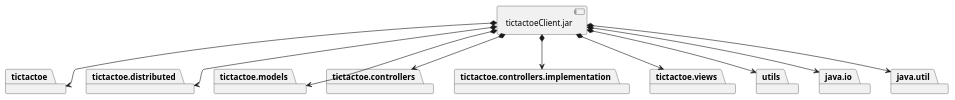
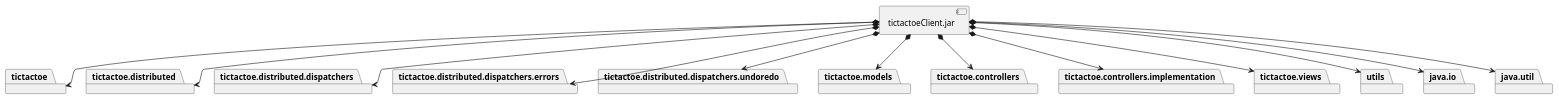
The fourth of 6 diagrams in docs/src/docs/asciidoc/index.adoc (x-USantaTecla-game-ticTacToe/java), drawn with PlantUML before and after one commit. The commit also changed other lines of this file and 5 other files, not shown here.

```diff
--- a/docs/src/docs/asciidoc/index.adoc
+++ b/docs/src/docs/asciidoc/index.adoc
@@ -1199,35 +1199,44 @@
 [plantuml,diagramaImplementacionClient,svg]
 ....
 
 package "  "  as tictactoe {
 }
 package "  "  as tictactoe.distributed {
+}
+package "  "  as tictactoe.distributed.dispatchers {
+}
+package "  "  as tictactoe.distributed.dispatchers.errors {
+}
+package "  "  as tictactoe.distributed.dispatchers.undoredo {
 }
 package "  "  as tictactoe.models {
 }
 package "  "  as tictactoe.controllers {
 }
 package "  "  as tictactoe.controllers.implementation {
 }
 package "  "  as tictactoe.views {
 }
 package "  "  as utils {
 }
 package "  "  as java.io {
 }
 package "  "  as java.util {
 }
 
 [tictactoeClient.jar] as jarClient
 
 jarClient *--> tictactoe
 jarClient *--> tictactoe.distributed
+jarClient *--> tictactoe.distributed.dispatchers
+jarClient *--> tictactoe.distributed.dispatchers.errors
+jarClient *--> tictactoe.distributed.dispatchers.undoredo
 jarClient *--> tictactoe.models
 jarClient *--> tictactoe.controllers
 jarClient *--> tictactoe.controllers.implementation
 jarClient *--> tictactoe.views
 jarClient *--> utils
 jarClient *--> java.io
 jarClient *--> java.util
 
 ....
```
